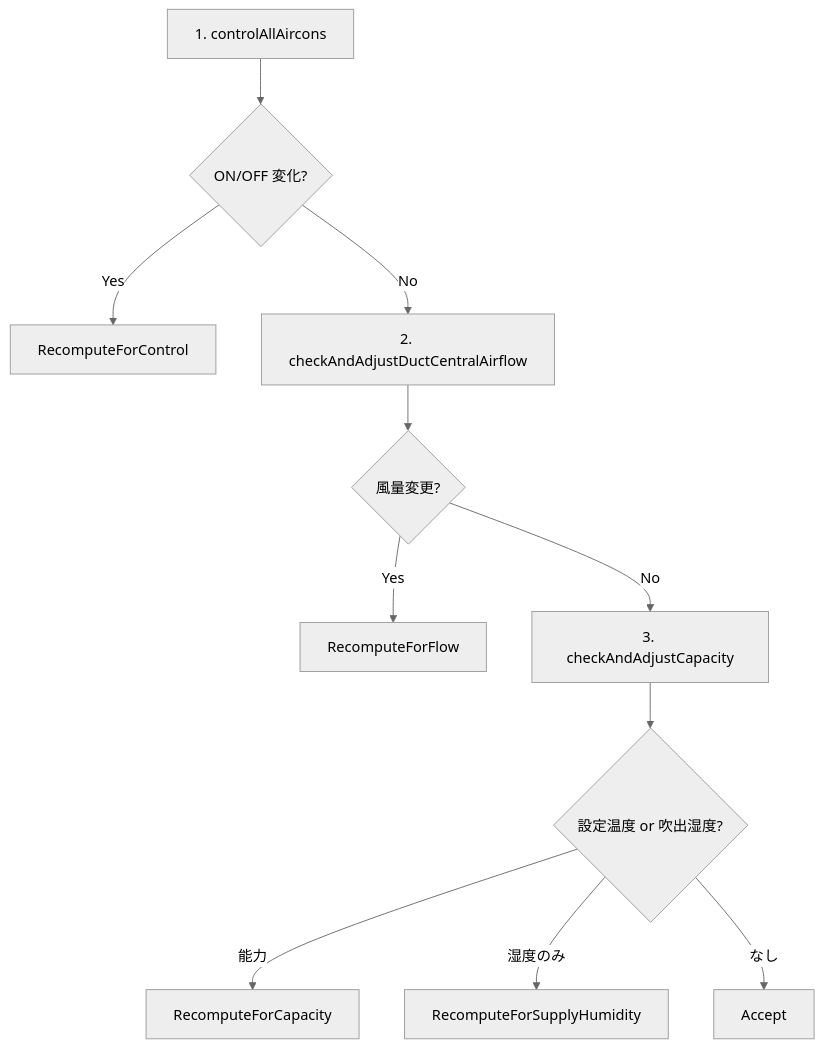
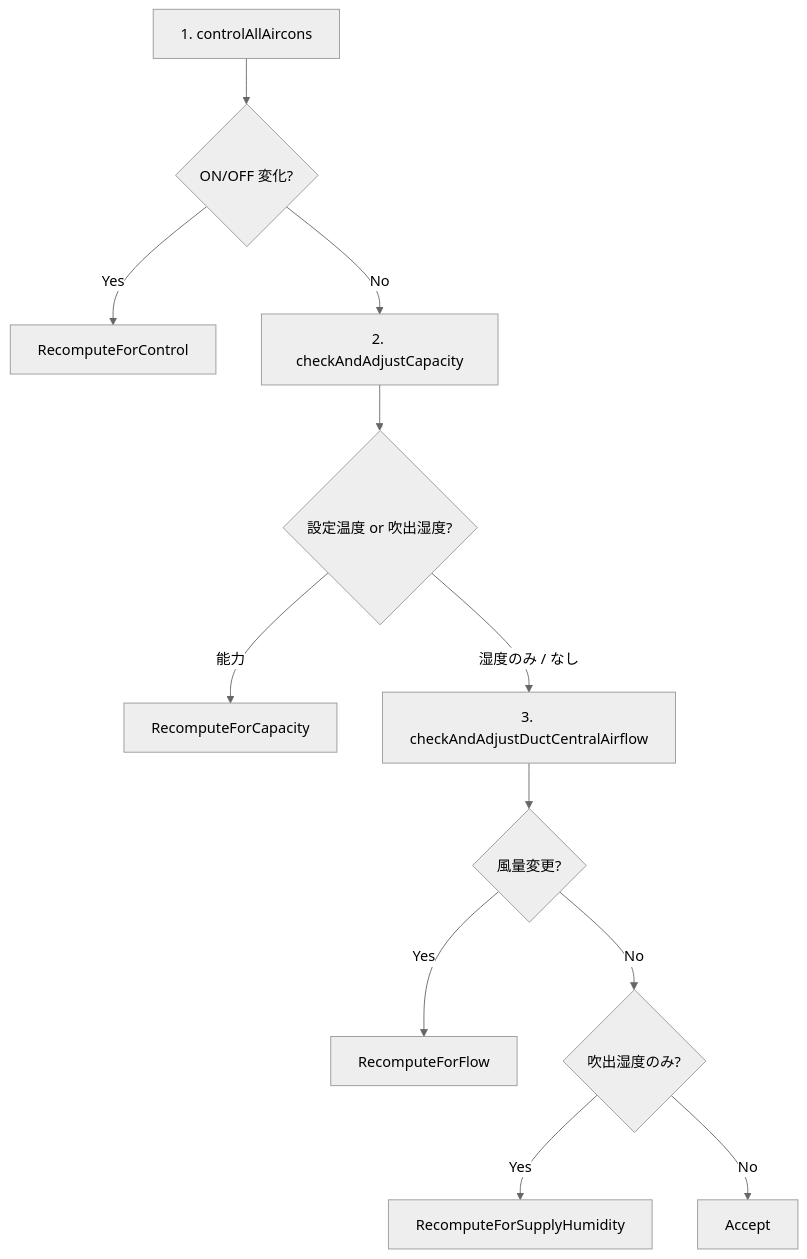
One commit to iguchi-lab/vtsimnx changed the ninth of 11 diagrams in engine/docs/simulation_loops.md. Above: the diagram before and after it, drawn with Mermaid (neutral theme). The commit also changed other lines of this file and 19 other files, not shown here.

First line of the commit message:
fix: stabilize DUCT_CENTRAL outer-loop control and add whole-house schedule

````diff
--- a/engine/docs/simulation_loops.md
+++ b/engine/docs/simulation_loops.md
@@ -178,13 +180,14 @@
 ```mermaid
 flowchart TD
     A["1. controlAllAircons"] --> B{"ON/OFF 変化?"}
     B -->|Yes| R2["RecomputeForControl"]
-    B -->|No| C["2. checkAndAdjustDuctCentralAirflow"]
+    B -->|No| E["2. checkAndAdjustCapacity"]
+    E --> F{"設定温度 or 吹出湿度?"}
+    F -->|能力| R3["RecomputeForCapacity"]
+    F -->|湿度のみ / なし| C["3. checkAndAdjustDuctCentralAirflow"]
     C --> D{"風量変更?"}
     D -->|Yes| R1["RecomputeForFlow"]
-    D -->|No| E["3. checkAndAdjustCapacity"]
-    E --> F{"設定温度 or 吹出湿度?"}
-    F -->|能力| R3["RecomputeForCapacity"]
-    F -->|湿度のみ| R4["RecomputeForSupplyHumidity"]
-    F -->|なし| OK["Accept"]
+    D -->|No| G{"吹出湿度のみ?"}
+    G -->|Yes| R4["RecomputeForSupplyHumidity"]
+    G -->|No| OK["Accept"]
 ```
````
